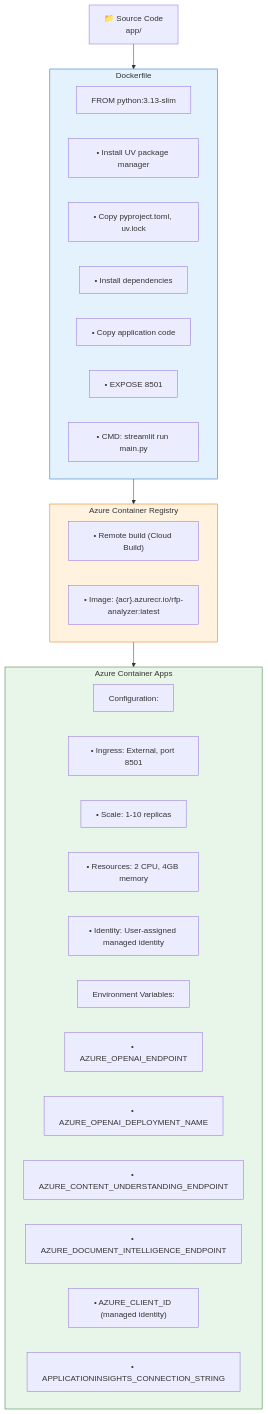
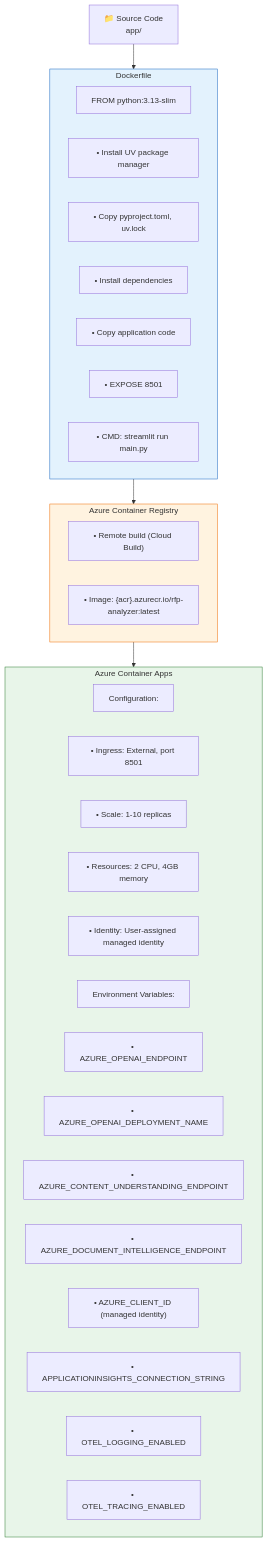
One commit to amgdy/rfp-analyzer changed diagram 19 of 23 in docs/ARCHITECTURE.md. Above: the diagram before and after it, drawn with Mermaid. The commit also changed other lines of this file and 5 other files, not shown here.

First line of the commit message:
Fix step1_upload IndentationError, update .env.example, IaC, README, and ARCHITECTURE docs

````diff
--- a/docs/ARCHITECTURE.md
+++ b/docs/ARCHITECTURE.md
@@ -688,41 +725,43 @@
 ```mermaid
 flowchart TB
     Source["📁 Source Code<br>app/"]
     
     subgraph Docker["Dockerfile"]
         D1["FROM python:3.13-slim"]
         D2["• Install UV package manager"]
         D3["• Copy pyproject.toml, uv.lock"]
         D4["• Install dependencies"]
         D5["• Copy application code"]
         D6["• EXPOSE 8501"]
         D7["• CMD: streamlit run main.py"]
     end
     
     subgraph ACR["Azure Container Registry"]
         ACR1["• Remote build (Cloud Build)"]
         ACR2["• Image: {acr}.azurecr.io/rfp-analyzer:latest"]
     end
     
     subgraph ACA["Azure Container Apps"]
         ACA1["Configuration:"]
         ACA2["• Ingress: External, port 8501"]
         ACA3["• Scale: 1-10 replicas"]
         ACA4["• Resources: 2 CPU, 4GB memory"]
         ACA5["• Identity: User-assigned managed identity"]
         
         ACA6["Environment Variables:"]
         ACA7["• AZURE_OPENAI_ENDPOINT"]
         ACA8["• AZURE_OPENAI_DEPLOYMENT_NAME"]
         ACA9["• AZURE_CONTENT_UNDERSTANDING_ENDPOINT"]
         ACA10["• AZURE_DOCUMENT_INTELLIGENCE_ENDPOINT"]
         ACA11["• AZURE_CLIENT_ID (managed identity)"]
         ACA12["• APPLICATIONINSIGHTS_CONNECTION_STRING"]
+        ACA13["• OTEL_LOGGING_ENABLED"]
+        ACA14["• OTEL_TRACING_ENABLED"]
     end
     
     Source --> Docker --> ACR --> ACA
     
     style Docker fill:#e3f2fd,stroke:#1565c0
     style ACR fill:#fff3e0,stroke:#ef6c00
     style ACA fill:#e8f5e9,stroke:#2e7d32
 ```
````
